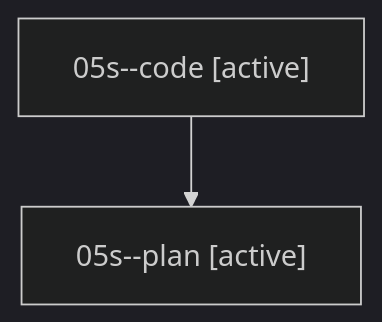
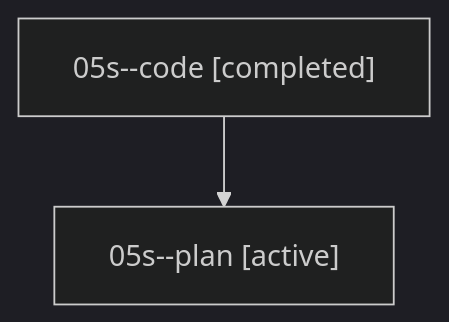
One commit to sase-org/sase--agents changed the diagram in families/bbugyi200.athena.05s.md. Above: the diagram before and after it, drawn with Mermaid (dark theme). The commit also changed other lines of this file and 35830 other files, not shown here.

````diff
--- a/families/bbugyi200.athena.05s.md
+++ b/families/bbugyi200.athena.05s.md
@@ -9,6 +9,6 @@
 ```mermaid
 flowchart TD
-  n0["05s--code [active]"]
+  n0["05s--code [completed]"]
   n1["05s--plan [active]"]
   n0 --> n1
 ```
````
